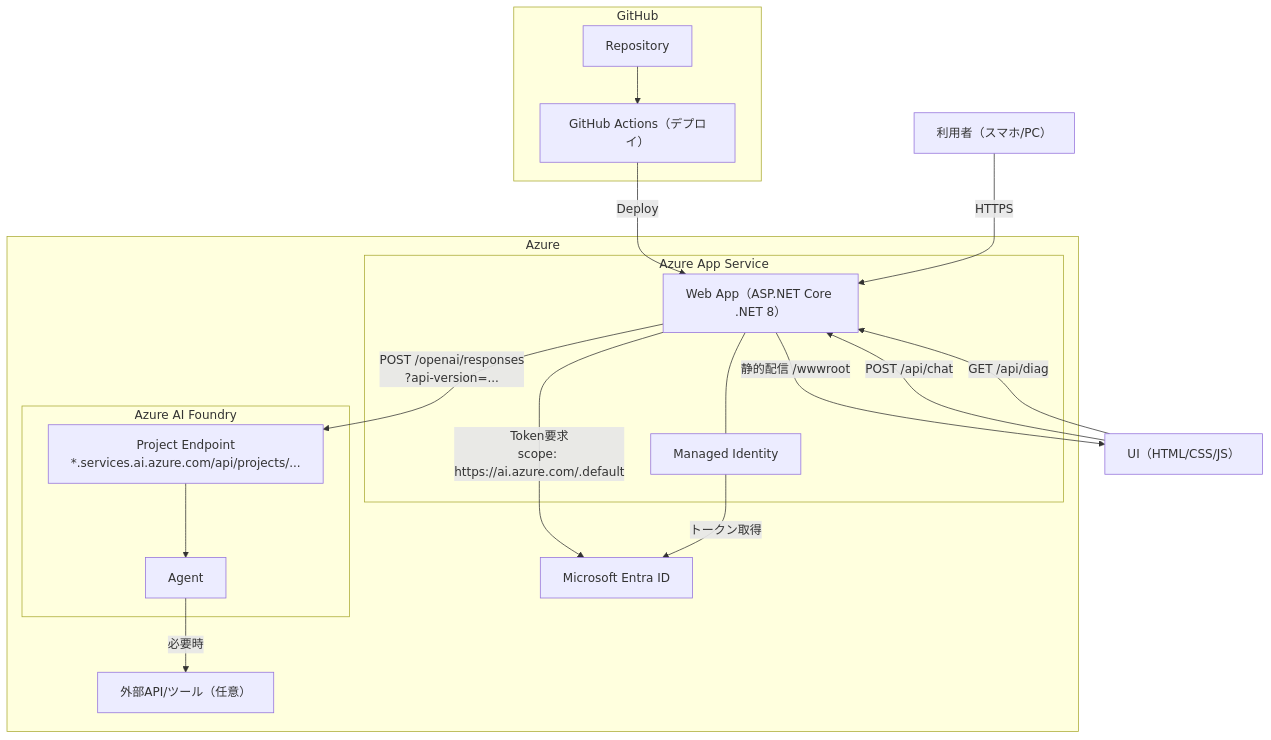
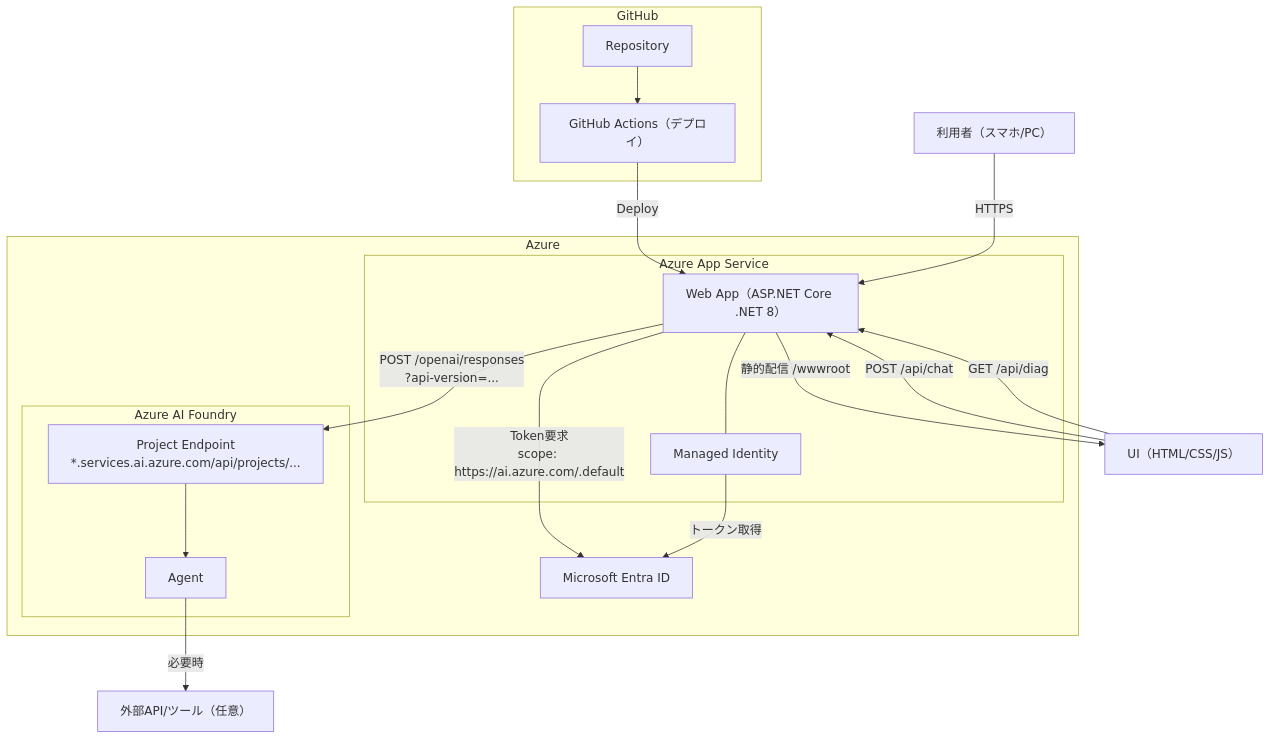
One commit to ylearning86/Kabeuchi-AI changed the diagram in README.md. Above: the diagram before and after it, drawn with Mermaid.

Commit message:
Docs: move external APIs/tools outside Azure diagram

````diff
--- a/README.md
+++ b/README.md
@@ -27,40 +27,41 @@
 ```mermaid
 flowchart TB
   %% Build / Deploy
   subgraph GitHub[GitHub]
     repo[Repository]
     gha[GitHub Actions（デプロイ）]
     repo --> gha
   end
 
   subgraph Azure[Azure]
     subgraph AppService[Azure App Service]
       web[Web App（ASP.NET Core .NET 8）]
       mi[Managed Identity]
       web --- mi
     end
 
     entra[Microsoft Entra ID]
 
     subgraph Foundry[Azure AI Foundry]
       proj[Project Endpoint\n*.services.ai.azure.com/api/projects/...]
       agent[Agent]
       proj --> agent
     end
+  end
 
-    externals[外部API/ツール（任意）]
-  end
+  %% External
+  externals[外部API/ツール（任意）]
 
   gha -->|Deploy| web
 
   %% Runtime
   user[利用者（スマホ/PC）] -->|HTTPS| web
   web -->|静的配信 /wwwroot| ui[UI（HTML/CSS/JS）]
   ui -->|POST /api/chat| web
   ui -->|GET /api/diag| web
 
   web -->|Token要求\nscope: https://ai.azure.com/.default| entra
   mi -->|トークン取得| entra
   web -->|POST /openai/responses\n?api-version=...| proj
   agent -->|必要時| externals
 ```
````
